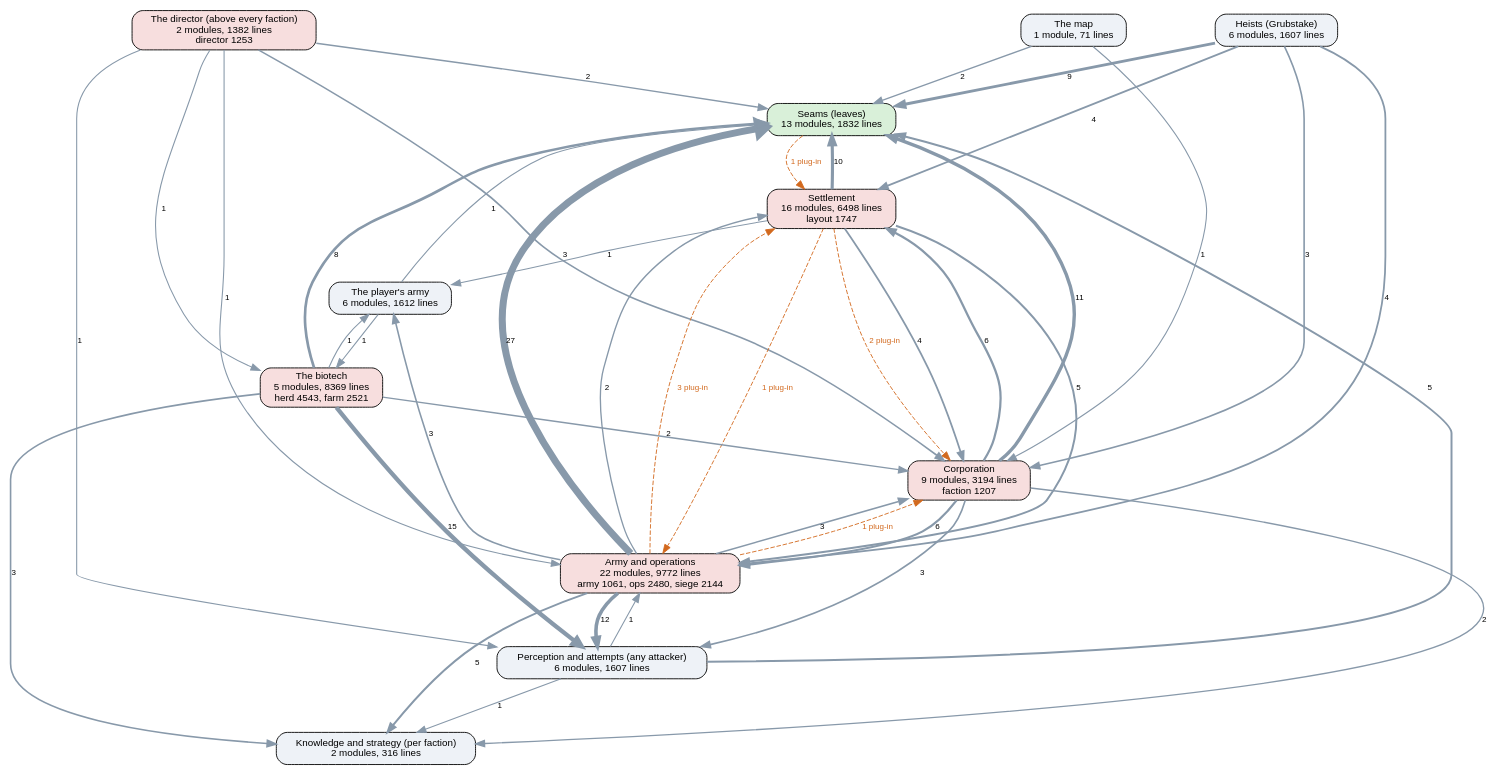
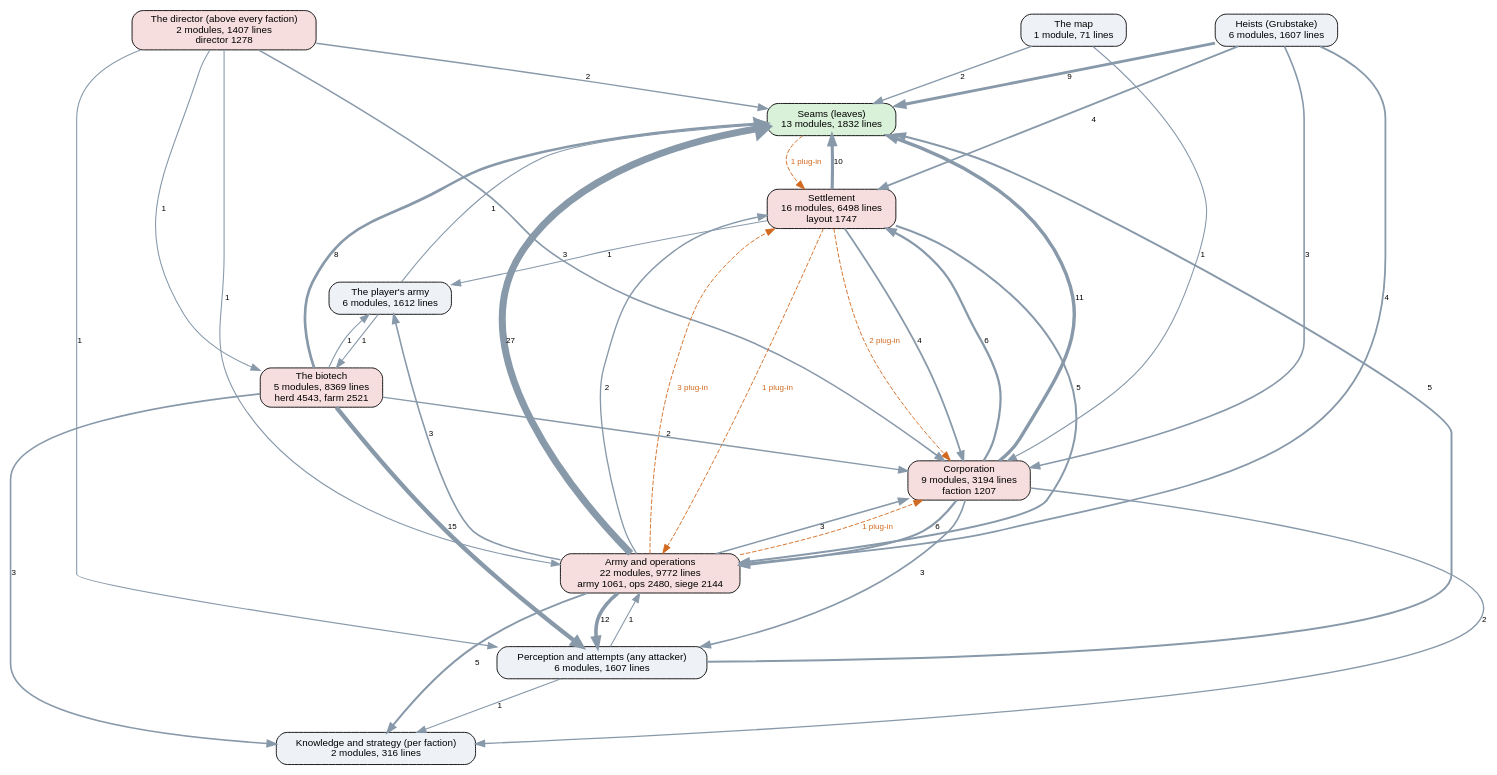
The diagram in docs/ai-layers.dot (kinelhu/landing-party), drawn with Graphviz before and after one commit. The commit also changed 11 other files, not shown here.

```diff
--- a/docs/ai-layers.dot
+++ b/docs/ai-layers.dot
@@ -1,57 +1,57 @@
 digraph layers {
   graph [rankdir=TB, fontname="Helvetica", nodesep=0.5, ranksep=0.7];
   node [shape=box, style="rounded,filled", fontname="Helvetica", fontsize=11, fillcolor="#eef2f7"];
   edge [color="#8899aa", fontname="Helvetica", fontsize=9];
   "Seams (leaves)" [label="Seams (leaves)\n13 modules, 1832 lines", fillcolor="#d9f0d9"];
   "Perception and attempts (any attacker)" [label="Perception and attempts (any attacker)\n6 modules, 1607 lines", fillcolor="#eef2f7"];
   "Knowledge and strategy (per faction)" [label="Knowledge and strategy (per faction)\n2 modules, 316 lines", fillcolor="#eef2f7"];
-  "The director (above every faction)" [label="The director (above every faction)\n2 modules, 1382 lines\ndirector 1253", fillcolor="#f7dede"];
+  "The director (above every faction)" [label="The director (above every faction)\n2 modules, 1407 lines\ndirector 1278", fillcolor="#f7dede"];
   "Corporation" [label="Corporation\n9 modules, 3194 lines\nfaction 1207", fillcolor="#f7dede"];
   "Settlement" [label="Settlement\n16 modules, 6498 lines\nlayout 1747", fillcolor="#f7dede"];
   "Army and operations" [label="Army and operations\n22 modules, 9772 lines\narmy 1061, ops 2480, siege 2144", fillcolor="#f7dede"];
   "Heists (Grubstake)" [label="Heists (Grubstake)\n6 modules, 1607 lines", fillcolor="#eef2f7"];
   "The biotech" [label="The biotech\n5 modules, 8369 lines\nherd 4543, farm 2521", fillcolor="#f7dede"];
   "The map" [label="The map\n1 module, 71 lines", fillcolor="#eef2f7"];
   "The player's army" [label="The player's army\n6 modules, 1612 lines", fillcolor="#eef2f7"];
   "Army and operations" -> "Corporation" [label="3", penwidth=1.8];
   "Army and operations" -> "Knowledge and strategy (per faction)" [label="5", penwidth=2.2];
   "Army and operations" -> "Perception and attempts (any attacker)" [label="12", penwidth=4.0];
   "Army and operations" -> "Seams (leaves)" [label="27", penwidth=7.8];
   "Army and operations" -> "Settlement" [label="2", penwidth=1.5];
   "Army and operations" -> "The player's army" [label="3", penwidth=1.8];
   "Corporation" -> "Army and operations" [label="6", penwidth=2.5];
   "Corporation" -> "Knowledge and strategy (per faction)" [label="2", penwidth=1.5];
   "Corporation" -> "Perception and attempts (any attacker)" [label="3", penwidth=1.8];
   "Corporation" -> "Seams (leaves)" [label="11", penwidth=3.8];
   "Corporation" -> "Settlement" [label="6", penwidth=2.5];
   "Heists (Grubstake)" -> "Army and operations" [label="4", penwidth=2.0];
   "Heists (Grubstake)" -> "Corporation" [label="3", penwidth=1.8];
   "Heists (Grubstake)" -> "Seams (leaves)" [label="9", penwidth=3.2];
   "Heists (Grubstake)" -> "Settlement" [label="4", penwidth=2.0];
   "Perception and attempts (any attacker)" -> "Army and operations" [label="1", penwidth=1.2];
   "Perception and attempts (any attacker)" -> "Knowledge and strategy (per faction)" [label="1", penwidth=1.2];
   "Perception and attempts (any attacker)" -> "Seams (leaves)" [label="5", penwidth=2.2];
   "Settlement" -> "Army and operations" [label="5", penwidth=2.2];
   "Settlement" -> "Corporation" [label="4", penwidth=2.0];
   "Settlement" -> "Seams (leaves)" [label="10", penwidth=3.5];
   "Settlement" -> "The player's army" [label="1", penwidth=1.2];
   "The biotech" -> "Corporation" [label="2", penwidth=1.5];
   "The biotech" -> "Knowledge and strategy (per faction)" [label="3", penwidth=1.8];
   "The biotech" -> "Perception and attempts (any attacker)" [label="15", penwidth=4.8];
   "The biotech" -> "Seams (leaves)" [label="8", penwidth=3.0];
   "The biotech" -> "The player's army" [label="1", penwidth=1.2];
   "The director (above every faction)" -> "Army and operations" [label="1", penwidth=1.2];
   "The director (above every faction)" -> "Corporation" [label="3", penwidth=1.8];
   "The director (above every faction)" -> "Perception and attempts (any attacker)" [label="1", penwidth=1.2];
   "The director (above every faction)" -> "Seams (leaves)" [label="2", penwidth=1.5];
   "The director (above every faction)" -> "The biotech" [label="1", penwidth=1.2];
   "The map" -> "Corporation" [label="1", penwidth=1.2];
   "The map" -> "Seams (leaves)" [label="2", penwidth=1.5];
   "The player's army" -> "Seams (leaves)" [label="1", penwidth=1.2];
   "The player's army" -> "The biotech" [label="1", penwidth=1.2];
   "Army and operations" -> "Corporation" [style=dashed, color="#d2691e", fontcolor="#d2691e", label="1 plug-in"];
   "Army and operations" -> "Settlement" [style=dashed, color="#d2691e", fontcolor="#d2691e", label="3 plug-in"];
   "Seams (leaves)" -> "Settlement" [style=dashed, color="#d2691e", fontcolor="#d2691e", label="1 plug-in"];
   "Settlement" -> "Army and operations" [style=dashed, color="#d2691e", fontcolor="#d2691e", label="1 plug-in"];
   "Settlement" -> "Corporation" [style=dashed, color="#d2691e", fontcolor="#d2691e", label="2 plug-in"];
 }
```
